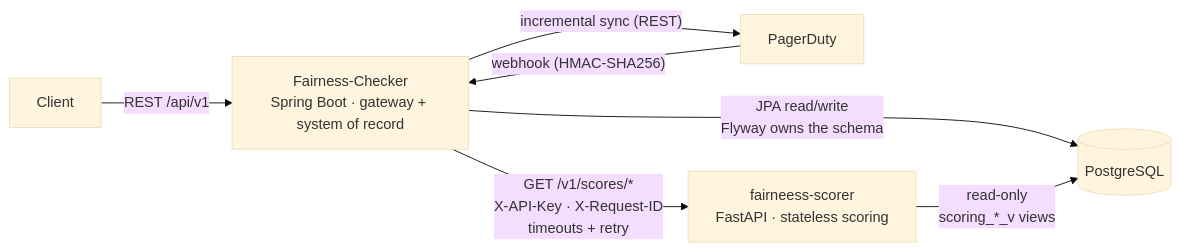
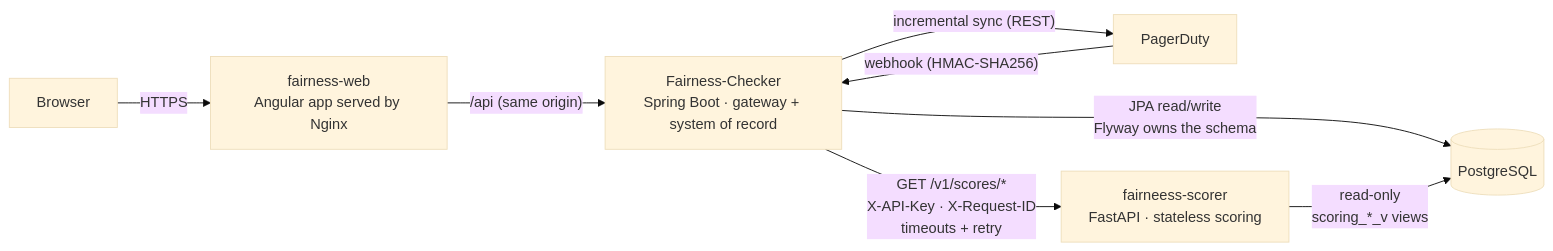
One commit to biradarsrikanth/Fairness-Checker changed the first of 3 diagrams in docs/ARCHITECTURE.md. Above: the diagram before and after it, drawn with Mermaid (base theme). The commit also changed other lines of this file and 2 other files, not shown here.

First line of the commit message:
Docs: the web app, auth, analytics and reports in ARCHITECTURE.md, and a runbook

````diff
--- a/docs/ARCHITECTURE.md
+++ b/docs/ARCHITECTURE.md
@@ -6,11 +6,12 @@
 ```mermaid
 flowchart LR
-    Client -- "REST /api/v1" --> GW
+    Browser -- "HTTPS" --> WEB["fairness-web<br/>Angular app served by Nginx"]
+    WEB -- "/api (same origin)" --> GW
     PD[PagerDuty] -- "webhook (HMAC-SHA256)" --> GW
     GW -- "incremental sync (REST)" --> PD
     GW["Fairness-Checker<br/>Spring Boot · gateway + system of record"]
     SC["fairneess-scorer<br/>FastAPI · stateless scoring"]
     GW -- "GET /v1/scores/*<br/>X-API-Key · X-Request-ID<br/>timeouts + retry" --> SC
     GW -- "JPA read/write<br/>Flyway owns the schema" --> DB[(PostgreSQL)]
     SC -- "read-only<br/>scoring_*_v views" --> DB
 ```
````
